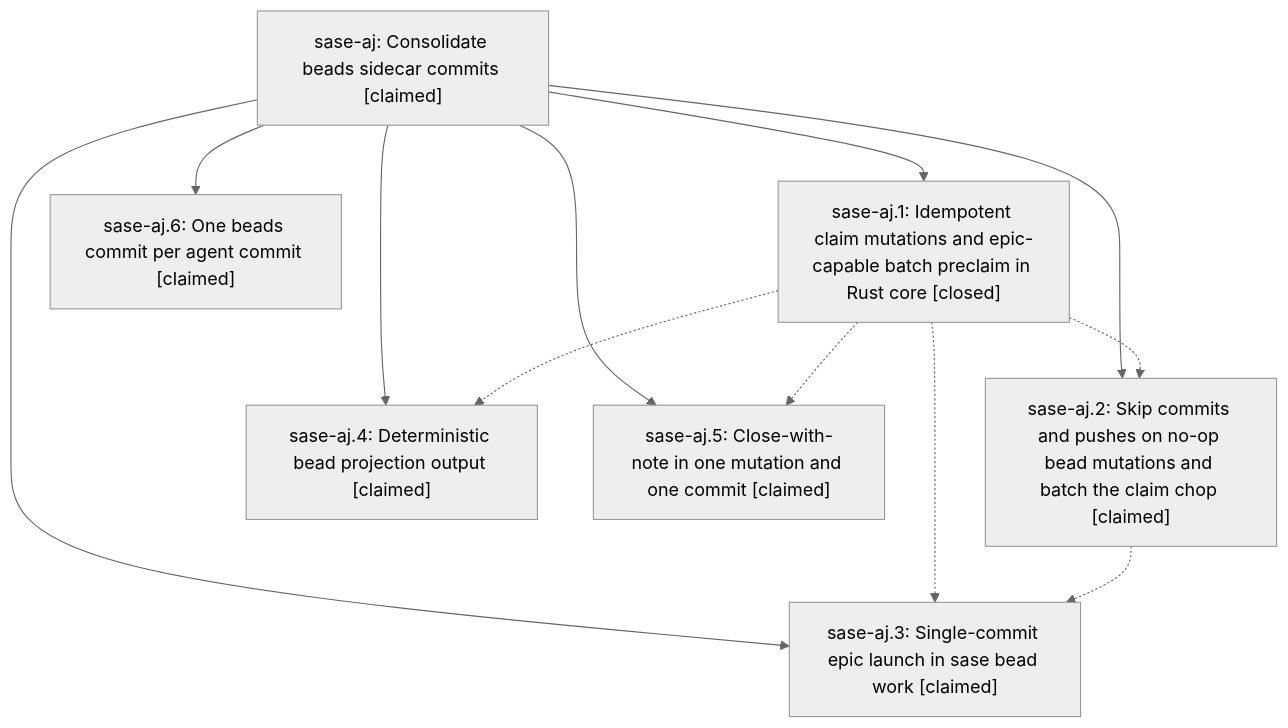
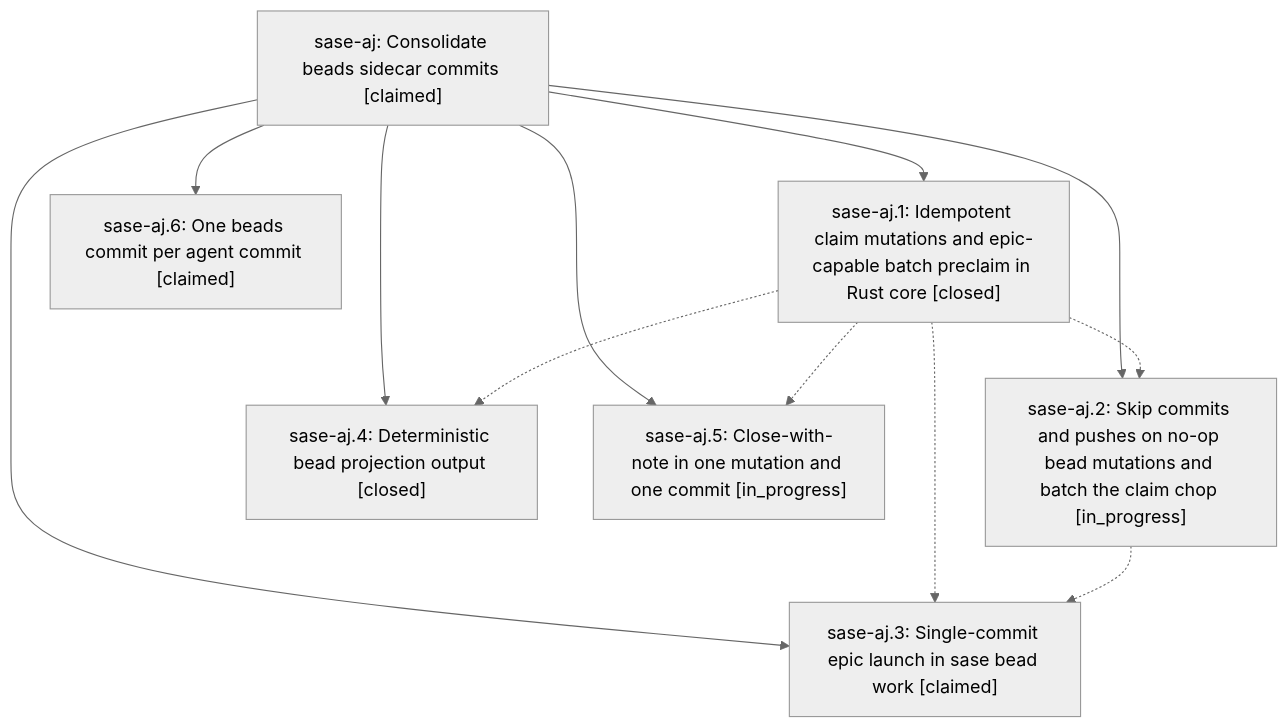
The diagram in pages/sase-aj/README.md (sase-org/sase--beads), drawn with Mermaid (neutral theme) before and after one commit. The commit also changed other lines of this file and 5 other files, not shown here.

First line of the commit message:
Publish bead pages for sase-aj

````diff
--- a/pages/sase-aj/README.md
+++ b/pages/sase-aj/README.md
@@ -27,21 +27,21 @@
 ```mermaid
 flowchart TD
     n0["sase-aj: Consolidate beads sidecar commits [claimed]"]
     n1["sase-aj.1: Idempotent claim mutations and epic-capable batch preclaim in Rust core [closed]"]
-    n2["sase-aj.2: Skip commits and pushes on no-op bead mutations and batch the claim chop [claimed]"]
+    n2["sase-aj.2: Skip commits and pushes on no-op bead mutations and batch the claim chop [in_progress]"]
     n3["sase-aj.3: Single-commit epic launch in sase bead work [claimed]"]
-    n4["sase-aj.4: Deterministic bead projection output [claimed]"]
-    n5["sase-aj.5: Close-with-note in one mutation and one commit [claimed]"]
+    n4["sase-aj.4: Deterministic bead projection output [closed]"]
+    n5["sase-aj.5: Close-with-note in one mutation and one commit [in_progress]"]
     n6["sase-aj.6: One beads commit per agent commit [claimed]"]
     n0 --> n1
     n0 --> n2
     n0 --> n3
     n0 --> n4
     n0 --> n5
     n0 --> n6
     n1 -.-> n2
     n1 -.-> n3
     n1 -.-> n4
     n1 -.-> n5
     n2 -.-> n3
 ```
````
